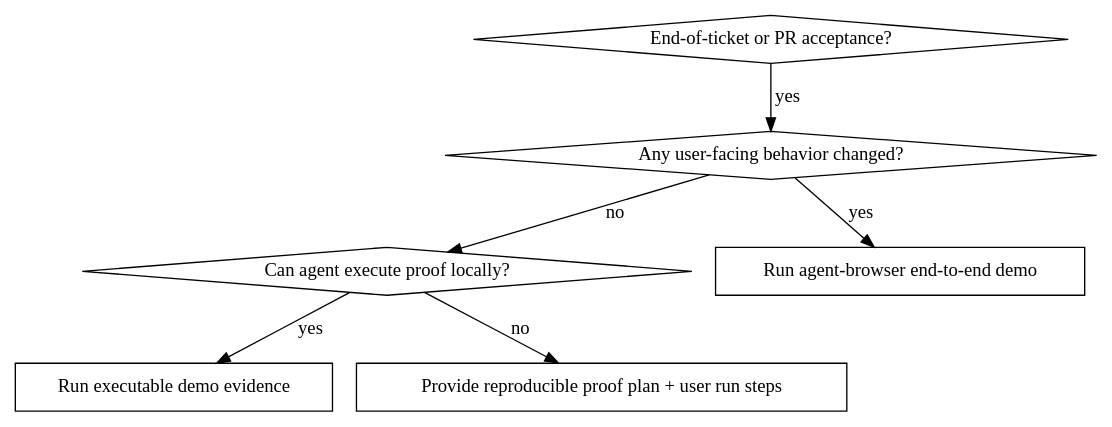
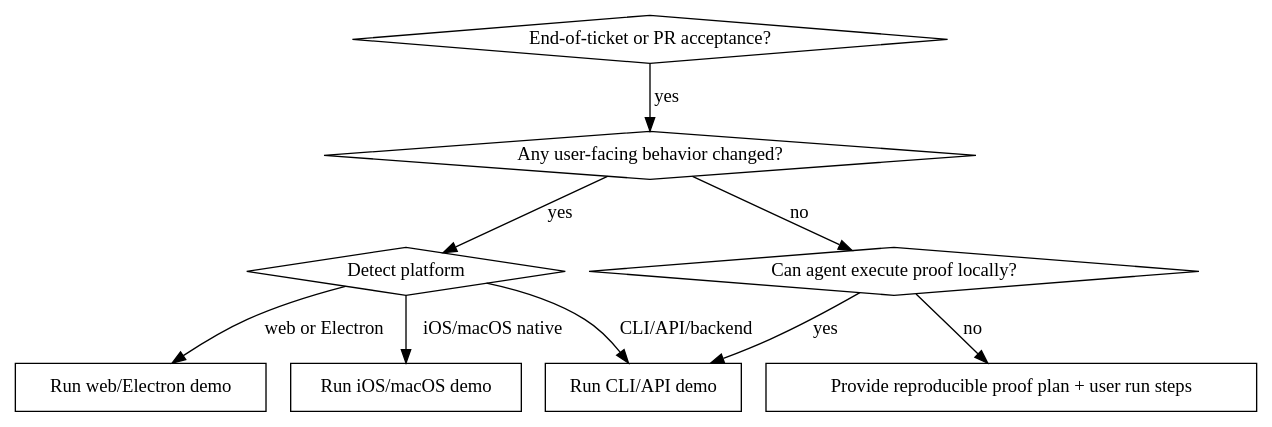
Before and after one commit to gannonh/skills: the diagram in user-acceptance/SKILL.md, drawn with Graphviz. The commit also changed other lines of this file and 3 other files, not shown here.

Commit message:
feat: add demo playbooks for CLI, iOS/macOS, and web/Electron to enhance user acceptance workflows

````diff
--- a/user-acceptance/SKILL.md
+++ b/user-acceptance/SKILL.md
@@ -26,16 +26,21 @@
 ```dot
 digraph uat_flow {
   "End-of-ticket or PR acceptance?" [shape=diamond];
   "Any user-facing behavior changed?" [shape=diamond];
+  "Detect platform" [shape=diamond];
   "Can agent execute proof locally?" [shape=diamond];
-  "Run agent-browser end-to-end demo" [shape=box];
-  "Run executable demo evidence" [shape=box];
+  "Run web/Electron demo" [shape=box];
+  "Run iOS/macOS demo" [shape=box];
+  "Run CLI/API demo" [shape=box];
   "Provide reproducible proof plan + user run steps" [shape=box];
 
   "End-of-ticket or PR acceptance?" -> "Any user-facing behavior changed?" [label="yes"];
-  "Any user-facing behavior changed?" -> "Run agent-browser end-to-end demo" [label="yes"];
+  "Any user-facing behavior changed?" -> "Detect platform" [label="yes"];
   "Any user-facing behavior changed?" -> "Can agent execute proof locally?" [label="no"];
-  "Can agent execute proof locally?" -> "Run executable demo evidence" [label="yes"];
+  "Detect platform" -> "Run web/Electron demo" [label="web or Electron"];
+  "Detect platform" -> "Run iOS/macOS demo" [label="iOS/macOS native"];
+  "Detect platform" -> "Run CLI/API demo" [label="CLI/API/backend"];
+  "Can agent execute proof locally?" -> "Run CLI/API demo" [label="yes"];
   "Can agent execute proof locally?" -> "Provide reproducible proof plan + user run steps" [label="no"];
 }
 ```
````
